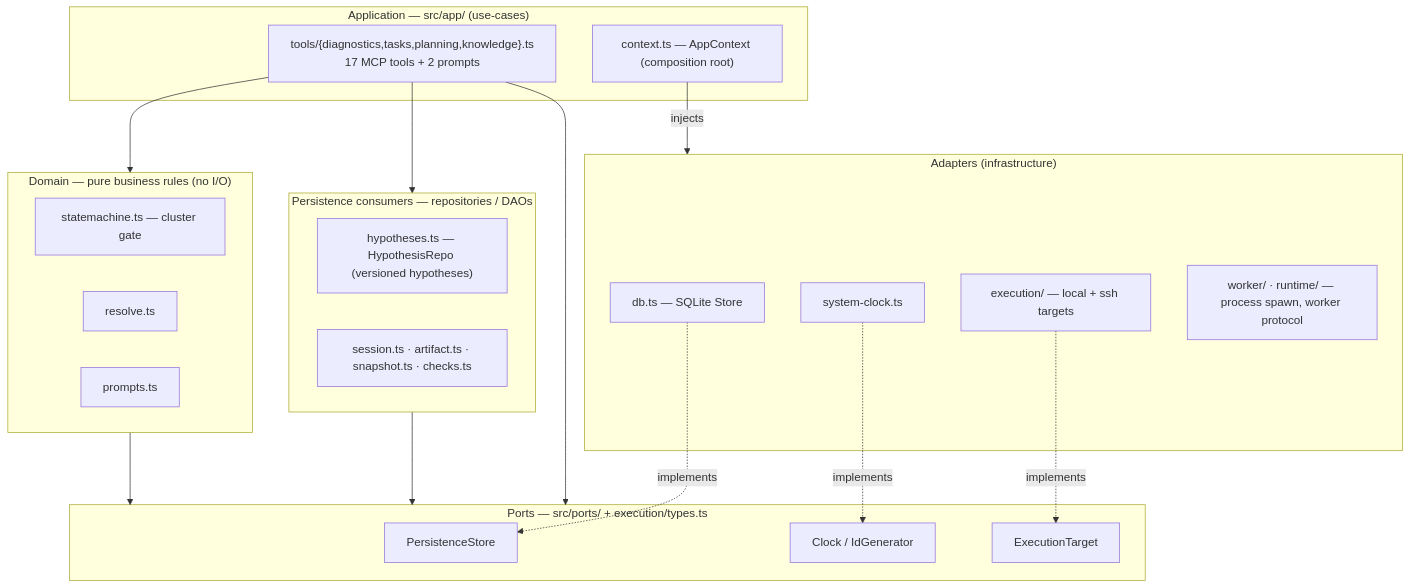
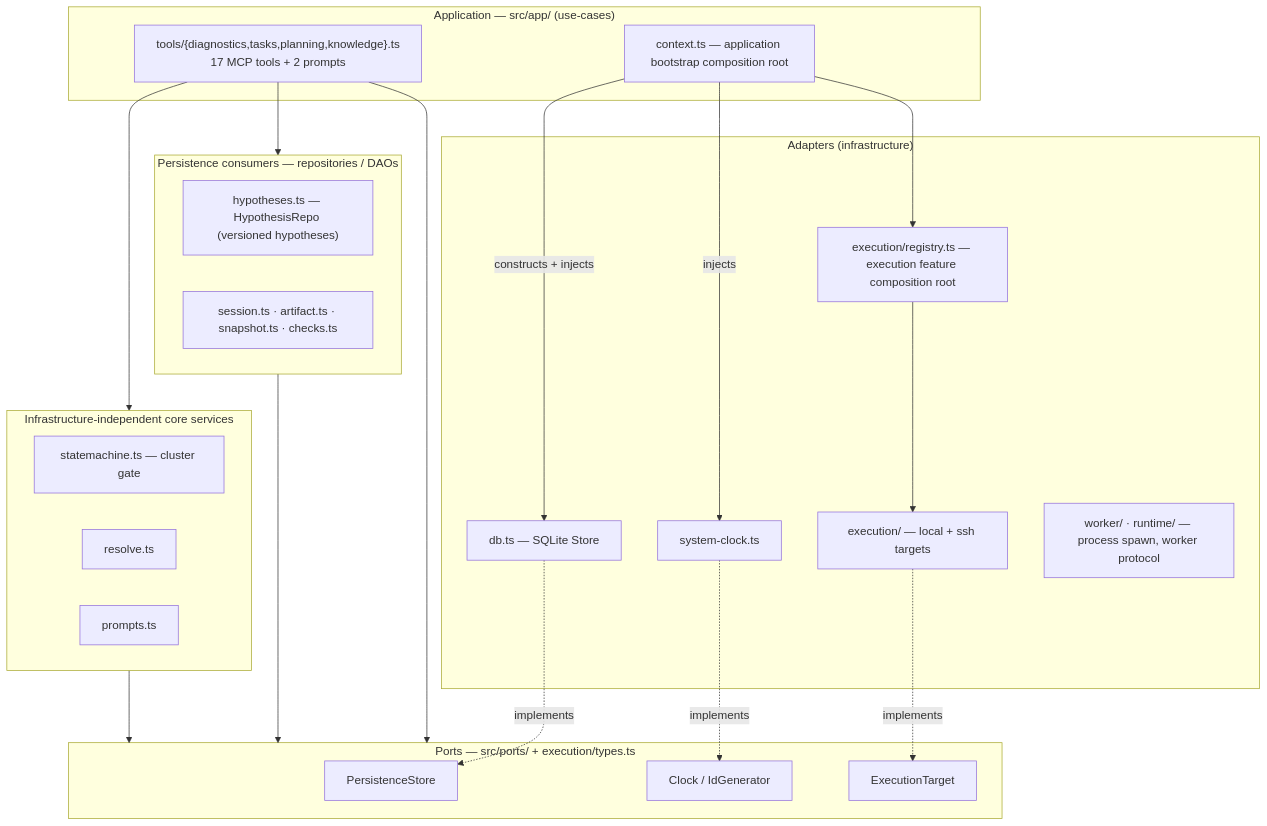
One commit to tomtastisch/codex-orchestrator changed the first of 3 diagrams in docs/architecture.md. Above: the diagram before and after it, drawn with Mermaid. The commit also changed other lines of this file and 5 other files, not shown here.

Commit message:
docs: align architecture claims with enforced ports

````diff
--- a/docs/architecture.md
+++ b/docs/architecture.md
@@ -21,41 +23,45 @@
 ```mermaid
 flowchart TD
     subgraph app["Application — src/app/ (use-cases)"]
         Tools["tools/{diagnostics,tasks,planning,knowledge}.ts<br/>17 MCP tools + 2 prompts"]
-        Ctx["context.ts — AppContext (composition root)"]
+        Ctx["context.ts — application bootstrap composition root"]
     end
 
-    subgraph domain["Domain — pure business rules (no I/O)"]
+    subgraph core["Infrastructure-independent core services"]
         SM["statemachine.ts — cluster gate"]
         RS["resolve.ts"]
         PR["prompts.ts"]
     end
 
     subgraph repos["Persistence consumers — repositories / DAOs"]
         HY["hypotheses.ts — HypothesisRepo (versioned hypotheses)"]
         OTH["session.ts · artifact.ts · snapshot.ts · checks.ts"]
     end
 
     subgraph ports["Ports — src/ports/ + execution/types.ts"]
         PS["PersistenceStore"]
         CK["Clock / IdGenerator"]
         ET["ExecutionTarget"]
     end
 
     subgraph adapters["Adapters (infrastructure)"]
         DB["db.ts — SQLite Store"]
         SC["system-clock.ts"]
         EX["execution/ — local + ssh targets"]
+        ER["execution/registry.ts — execution feature composition root"]
         WK["worker/ · runtime/ — process spawn, worker protocol"]
     end
 
-    Tools --> domain
+    Tools --> core
     Tools --> repos
     Tools --> ports
-    domain --> ports
+    core --> ports
     repos --> ports
-    Ctx -->|injects| adapters
+    Ctx -->|constructs + injects| DB
+    Ctx -->|injects| SC
+    Ctx --> ER
+    ER --> EX
     DB -. implements .-> PS
     SC -. implements .-> CK
     EX -. implements .-> ET
 ```
````
